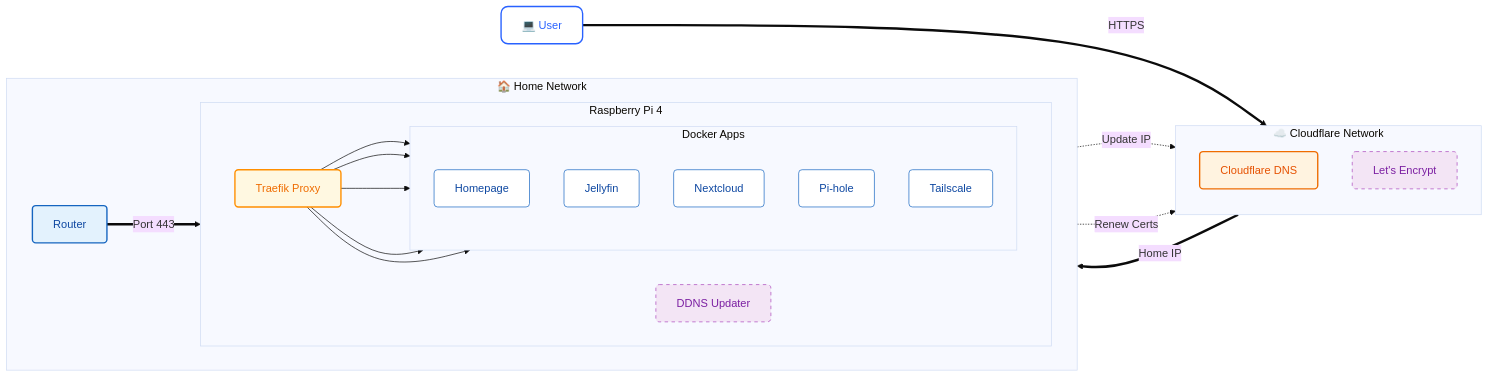
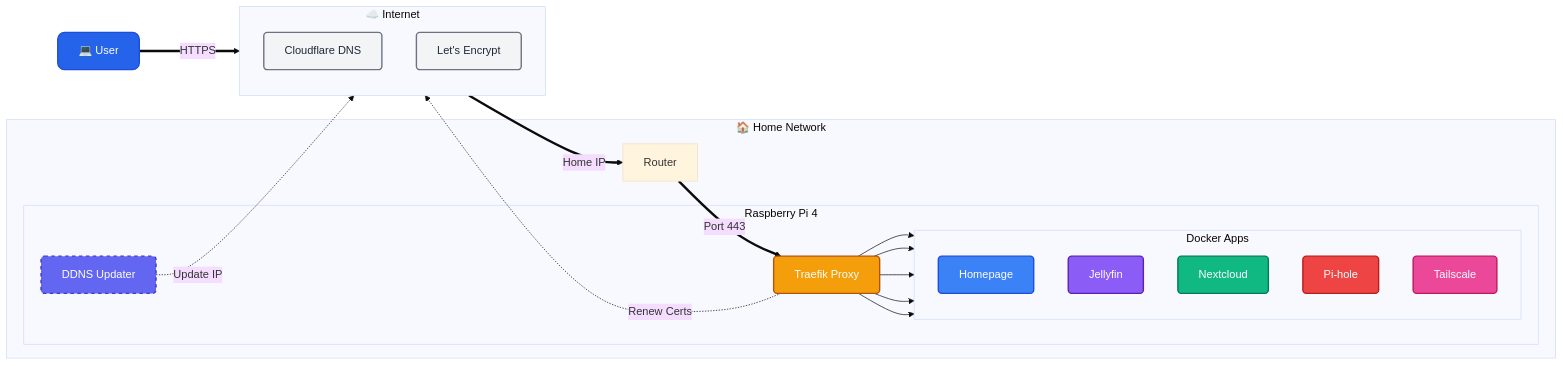
The diagram in README.md (charan-altro/self-host-lab), drawn with Mermaid (base theme) before and after one commit.

````diff
--- a/README.md
+++ b/README.md
@@ -9,53 +9,57 @@
 ```mermaid
-graph LR
+flowchart LR
     %% Define Styles
-    classDef user fill:#ffffff,stroke:#2962ff,stroke-width:2px,rx:10,ry:10,color:#2962ff
-    classDef cloud fill:#fff3e0,stroke:#ef6c00,stroke-width:2px,rx:5,ry:5,color:#e65100
-    classDef home fill:#e3f2fd,stroke:#1565c0,stroke-width:2px,rx:5,ry:5,color:#0d47a1
-    classDef proxy fill:#fff8e1,stroke:#ff8f00,stroke-width:2px,rx:5,ry:5,color:#ef6c00
-    classDef app fill:#ffffff,stroke:#1565c0,stroke-width:1px,rx:5,ry:5,color:#0d47a1
-    classDef auto fill:#f3e5f5,stroke:#ab47bc,stroke-width:1px,rx:5,ry:5,stroke-dasharray: 5 5,color:#7b1fa2
+    classDef user fill:#2563EB,stroke:#1D4ED8,stroke-width:2px,color:white,rx:10,ry:10
+    classDef cloud fill:#F3F4F6,stroke:#6B7280,stroke-width:2px,color:#1F2937,rx:5,ry:5
+    classDef router fill:#F97316,stroke:#C2410C,stroke-width:2px,color:white,rx:5,ry:5
+    classDef proxy fill:#F59E0B,stroke:#B45309,stroke-width:2px,color:white,rx:5,ry:5
+    
+    %% App specific colors
+    classDef dashboard fill:#3B82F6,stroke:#1D4ED8,stroke-width:2px,color:white,rx:5,ry:5
+    classDef media fill:#8B5CF6,stroke:#5B21B6,stroke-width:2px,color:white,rx:5,ry:5
+    classDef storage fill:#10B981,stroke:#047857,stroke-width:2px,color:white,rx:5,ry:5
+    classDef dns fill:#EF4444,stroke:#B91C1C,stroke-width:2px,color:white,rx:5,ry:5
+    classDef vpn fill:#EC4899,stroke:#BE185D,stroke-width:2px,color:white,rx:5,ry:5
+    classDef script fill:#6366F1,stroke:#4338CA,stroke-width:2px,color:white,rx:5,ry:5,stroke-dasharray: 5 5
 
     User[💻 User]:::user
     
-    subgraph Cloud [☁️ Cloudflare Network]
+    subgraph Internet [☁️ Internet]
         direction TB
         CF_DNS[Cloudflare DNS]:::cloud
-        LE[Let's Encrypt]:::auto
+        LE[Let's Encrypt]:::cloud
     end
     
     subgraph Home [🏠 Home Network]
-        direction LR
         Router[Router]:::home
         
         subgraph Server [Raspberry Pi 4]
-            direction LR
             Traefik[Traefik Proxy]:::proxy
-            DDNS[DDNS Updater]:::auto
+            DDNS[DDNS Updater]:::script
             
             subgraph Docker [Docker Apps]
                 direction TB
-                Homepage[Homepage]:::app
-                Jellyfin[Jellyfin]:::app
-                Nextcloud[Nextcloud]:::app
-                PiHole[Pi-hole]:::app
-                Tailscale[Tailscale]:::app
+                Homepage[Homepage]:::dashboard
+                Jellyfin[Jellyfin]:::media
+                Nextcloud[Nextcloud]:::storage
+                PiHole[Pi-hole]:::dns
+                Tailscale[Tailscale]:::vpn
             end
         end
     end
 
     %% Main Traffic Flow
     User ==>|HTTPS| CF_DNS
     CF_DNS ==>|Home IP| Router
     Router ==>|Port 443| Traefik
     
     Traefik --> Homepage
     Traefik --> Jellyfin
     Traefik --> Nextcloud
     Traefik --> PiHole
     Traefik --> Tailscale
 
     %% Automation Flows
     DDNS -.->|Update IP| CF_DNS
     Traefik -.->|Renew Certs| LE
 ```
````
